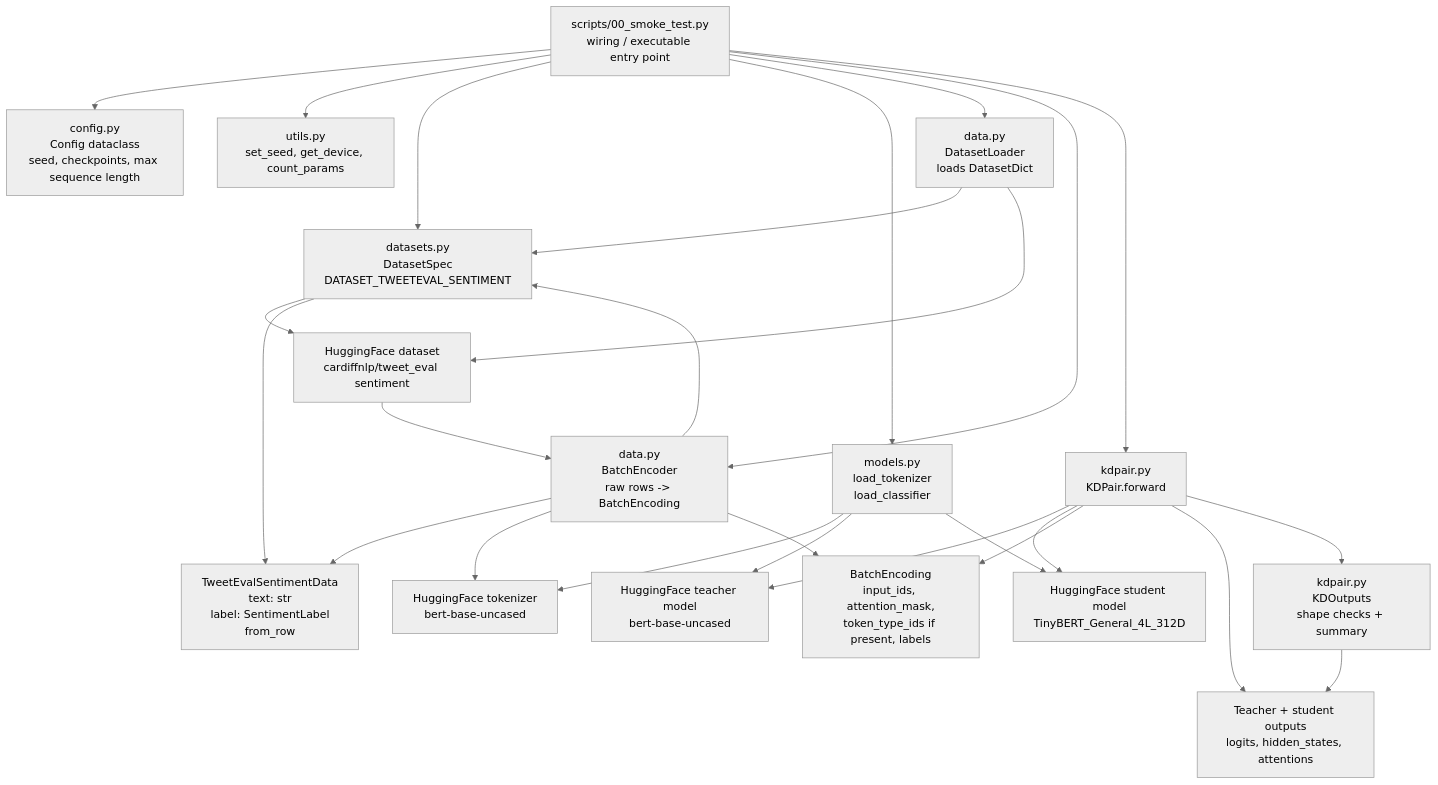
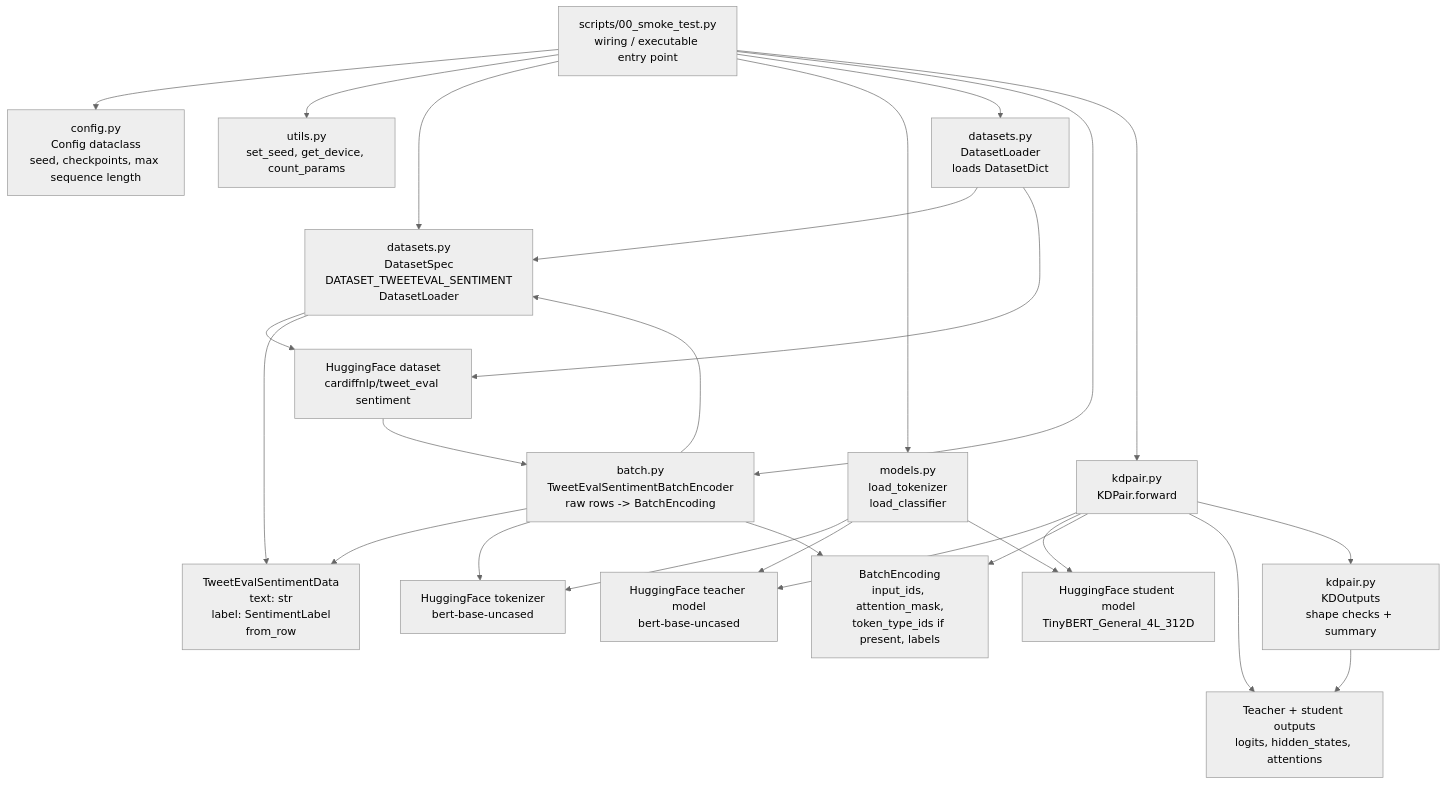
One commit to kaist-projects/TinyBERT-XAI changed the first of 4 diagrams in docs/notes/05-current-codebase-concept-diagram.md. Above: the diagram before and after it, drawn with Mermaid (neutral theme). The commit also changed other lines of this file and 6 other files, not shown here.

Commit message:
Clarify dataset batch wiring

````diff
--- a/docs/notes/05-current-codebase-concept-diagram.md
+++ b/docs/notes/05-current-codebase-concept-diagram.md
@@ -21,51 +21,51 @@
 ```mermaid
 flowchart TD
     Smoke["scripts/00_smoke_test.py<br/>wiring / executable entry point"]
 
     Config["config.py<br/>Config dataclass<br/>seed, checkpoints, max sequence length"]
     Utils["utils.py<br/>set_seed, get_device, count_params"]
-    Datasets["datasets.py<br/>DatasetSpec<br/>DATASET_TWEETEVAL_SENTIMENT"]
+    Datasets["datasets.py<br/>DatasetSpec<br/>DATASET_TWEETEVAL_SENTIMENT<br/>DatasetLoader"]
     RowType["TweetEvalSentimentData<br/>text: str<br/>label: SentimentLabel<br/>from_row"]
     Models["models.py<br/>load_tokenizer<br/>load_classifier"]
-    Loader["data.py<br/>DatasetLoader<br/>loads DatasetDict"]
-    Encoder["data.py<br/>BatchEncoder<br/>raw rows -> BatchEncoding"]
+    Loader["datasets.py<br/>DatasetLoader<br/>loads DatasetDict"]
+    Encoder["batch.py<br/>TweetEvalSentimentBatchEncoder<br/>raw rows -> BatchEncoding"]
     KDPair["kdpair.py<br/>KDPair.forward"]
     KDOutputs["kdpair.py<br/>KDOutputs<br/>shape checks + summary"]
 
     HFTokenizer["HuggingFace tokenizer<br/>bert-base-uncased"]
     HFTeacher["HuggingFace teacher model<br/>bert-base-uncased"]
     HFStudent["HuggingFace student model<br/>TinyBERT_General_4L_312D"]
     HFDataset["HuggingFace dataset<br/>cardiffnlp/tweet_eval sentiment"]
     Batch["BatchEncoding<br/>input_ids, attention_mask,<br/>token_type_ids if present, labels"]
     Outputs["Teacher + student outputs<br/>logits, hidden_states, attentions"]
 
     Smoke --> Config
     Smoke --> Utils
     Smoke --> Datasets
     Smoke --> Models
     Smoke --> Loader
     Smoke --> Encoder
     Smoke --> KDPair
 
     Datasets --> HFDataset
     Models --> HFTokenizer
     Models --> HFTeacher
     Models --> HFStudent
 
     Loader --> Datasets
     Encoder --> Datasets
     Datasets --> RowType
     Encoder --> RowType
     Encoder --> HFTokenizer
     Loader --> HFDataset
     HFDataset --> Encoder
     Encoder --> Batch
 
     KDPair --> HFTeacher
     KDPair --> HFStudent
     KDPair --> Batch
     KDPair --> Outputs
     KDPair --> KDOutputs
 
     KDOutputs --> Outputs
 ```
````
